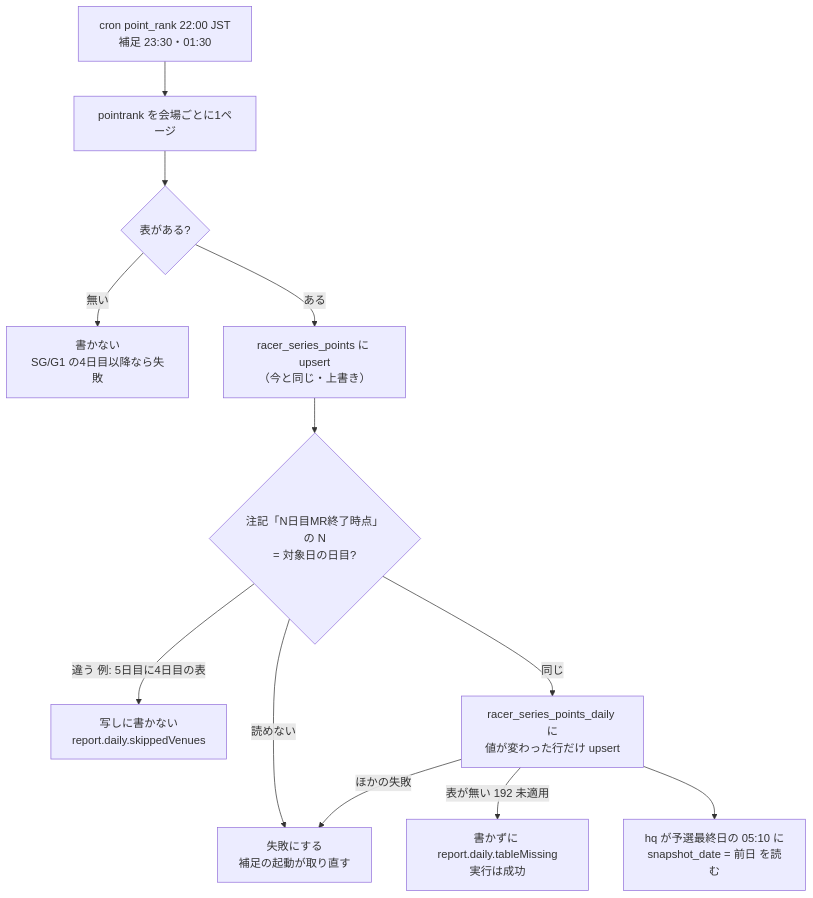
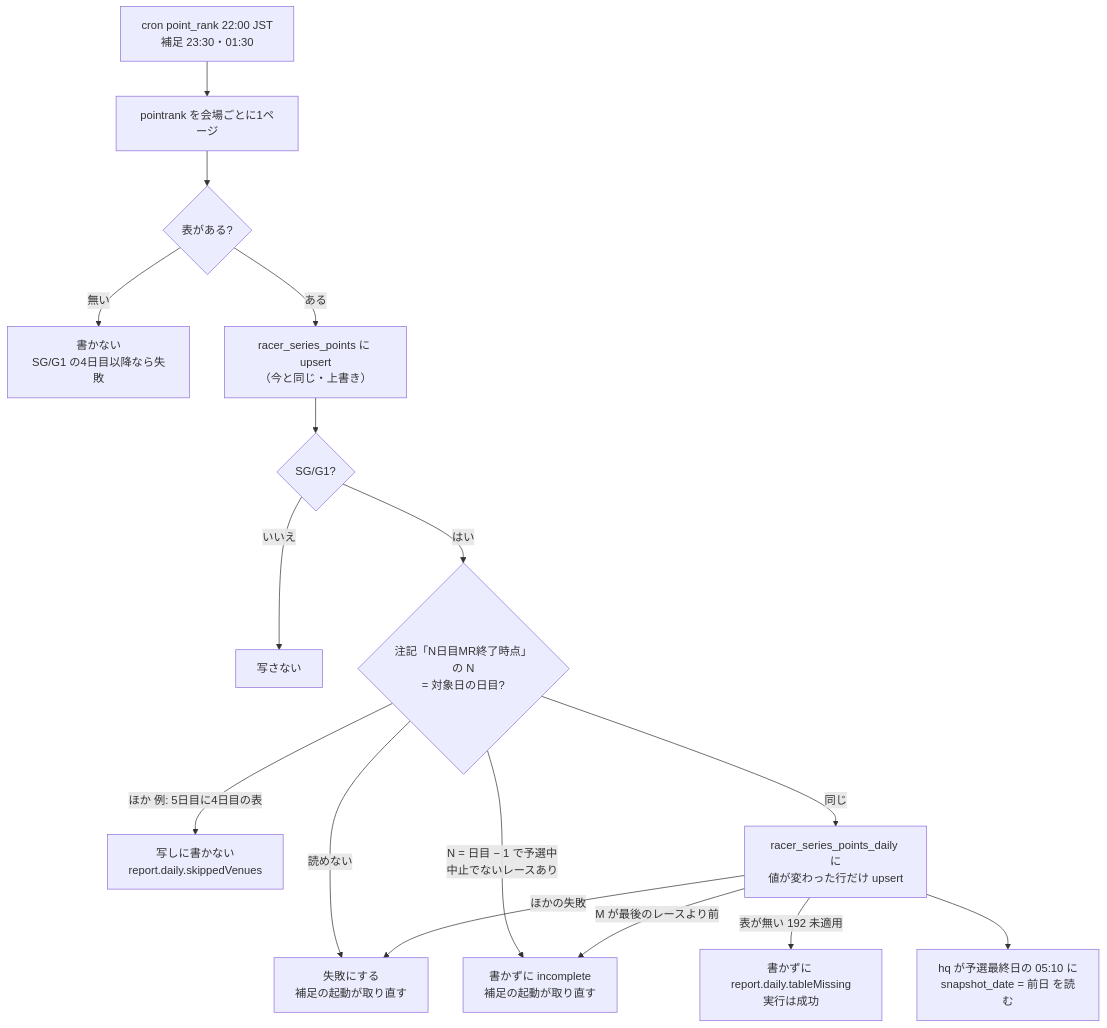
The first of 2 diagrams in docs/design/pointrank-history/plan.md (rhapsody0919/boatrace-ai-predictor), drawn with Mermaid before and after one commit. The commit also changed other lines of this file and 6 other files, not shown here.

````diff
--- a/docs/design/pointrank-history/plan.md
+++ b/docs/design/pointrank-history/plan.md
@@ -13,14 +13,18 @@
 ```mermaid
 flowchart TD
   C[cron point_rank 22:00 JST<br/>補足 23:30・01:30] --> F[pointrank を会場ごとに1ページ]
   F --> T{表がある?}
   T -->|無い| N[書かない<br/>SG/G1 の4日目以降なら失敗]
   T -->|ある| M[racer_series_points に upsert<br/>（今と同じ・上書き）]
-  M --> A{注記「N日目MR終了時点」の N<br/>= 対象日の日目?}
+  M --> G{SG/G1?}
+  G -->|いいえ| X[写さない]
+  G -->|はい| A{注記「N日目MR終了時点」の N<br/>= 対象日の日目?}
   A -->|読めない| E[失敗にする<br/>補足の起動が取り直す]
-  A -->|違う 例: 5日目に4日目の表| S[写しに書かない<br/>report.daily.skippedVenues]
+  A -->|N = 日目 − 1 で予選中<br/>中止でないレースあり| P[書かずに incomplete<br/>補足の起動が取り直す]
+  A -->|ほか 例: 5日目に4日目の表| S[写しに書かない<br/>report.daily.skippedVenues]
   A -->|同じ| D[racer_series_points_daily に<br/>値が変わった行だけ upsert]
+  D -->|M が最後のレースより前| P
   D -->|表が無い 192 未適用| W[書かずに report.daily.tableMissing<br/>実行は成功]
   D -->|ほかの失敗| E
   D --> H[hq が予選最終日の 05:10 に<br/>snapshot_date = 前日 を読む]
 ```
````
